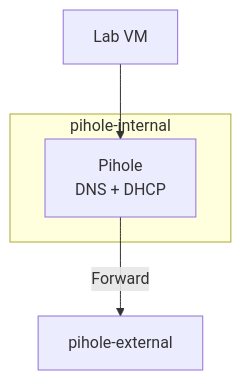
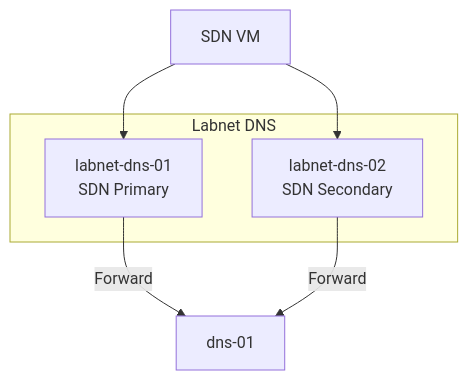
One commit to jknyght9/proxmox-lab changed the sixth of 9 diagrams in docs/architecture/service-relationships.md. Above: the diagram before and after it, drawn with Mermaid. The commit also changed other lines of this file and 21 other files, not shown here.

````diff
--- a/docs/architecture/service-relationships.md
+++ b/docs/architecture/service-relationships.md
@@ -182,9 +203,12 @@
 ```mermaid
 graph TD
-    subgraph pihole_int["pihole-internal"]
-        PH_INT[Pihole<br/>DNS + DHCP]
+    subgraph labnet_dns["Labnet DNS"]
+        LDNS01[labnet-dns-01<br/>SDN Primary]
+        LDNS02[labnet-dns-02<br/>SDN Secondary]
     end
 
-    LAB_VM[Lab VM] --> PH_INT
-    PH_INT -->|Forward| PIHOLE_EXT[pihole-external]
+    LAB_VM[SDN VM] --> LDNS01
+    LAB_VM --> LDNS02
+    LDNS01 -->|Forward| DNS01[dns-01]
+    LDNS02 -->|Forward| DNS01
 ```
````
